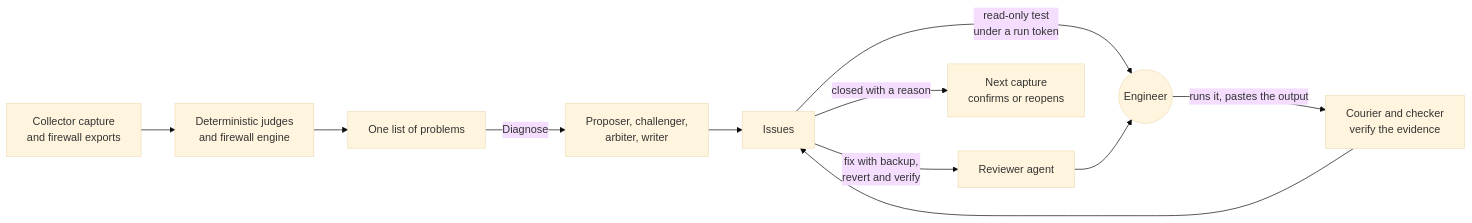
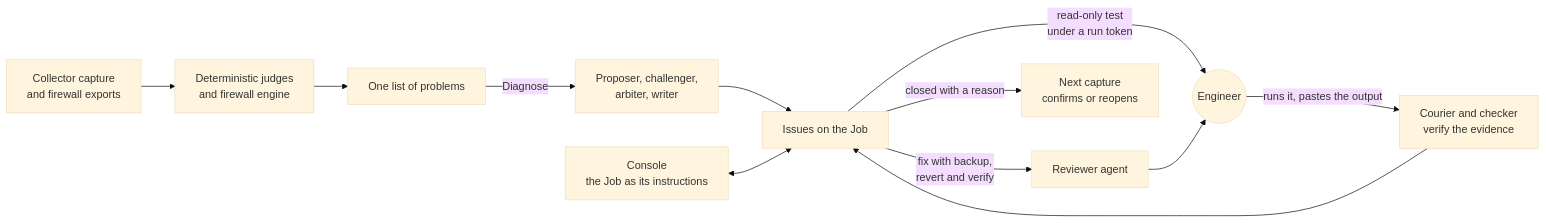
Before and after one commit to RyanH-sudo/ninjatoolkit-case-study: the diagram in README.md, drawn with Mermaid (base theme). The commit also changed other lines of this file and 2 other files, not shown here.

Commit message:
Case study updated to v8.2.0: the Job as the thread, the console, device identity, judge precision on the estate, the fail-closed fix builder; every figure re-measured at the v8.2.0 tag

````diff
--- a/README.md
+++ b/README.md
@@ -37,13 +43,14 @@
 ```mermaid
 flowchart LR
     IN["Collector capture<br/>and firewall exports"] --> JD["Deterministic judges<br/>and firewall engine"]
     JD --> PB["One list of problems"]
     PB -->|"Diagnose"| AR["Proposer, challenger,<br/>arbiter, writer"]
-    AR --> IS["Issues"]
+    AR --> IS["Issues on the Job"]
+    CO["Console<br/>the Job as its instructions"] <--> IS
     IS -->|"read-only test<br/>under a run token"| EN(("Engineer"))
     IS -->|"fix with backup,<br/>revert and verify"| RV["Reviewer agent"]
     RV --> EN
     EN -->|"runs it, pastes the output"| CK["Courier and checker<br/>verify the evidence"]
     CK --> IS
     IS -->|"closed with a reason"| RC["Next capture<br/>confirms or reopens"]
 ```
````
